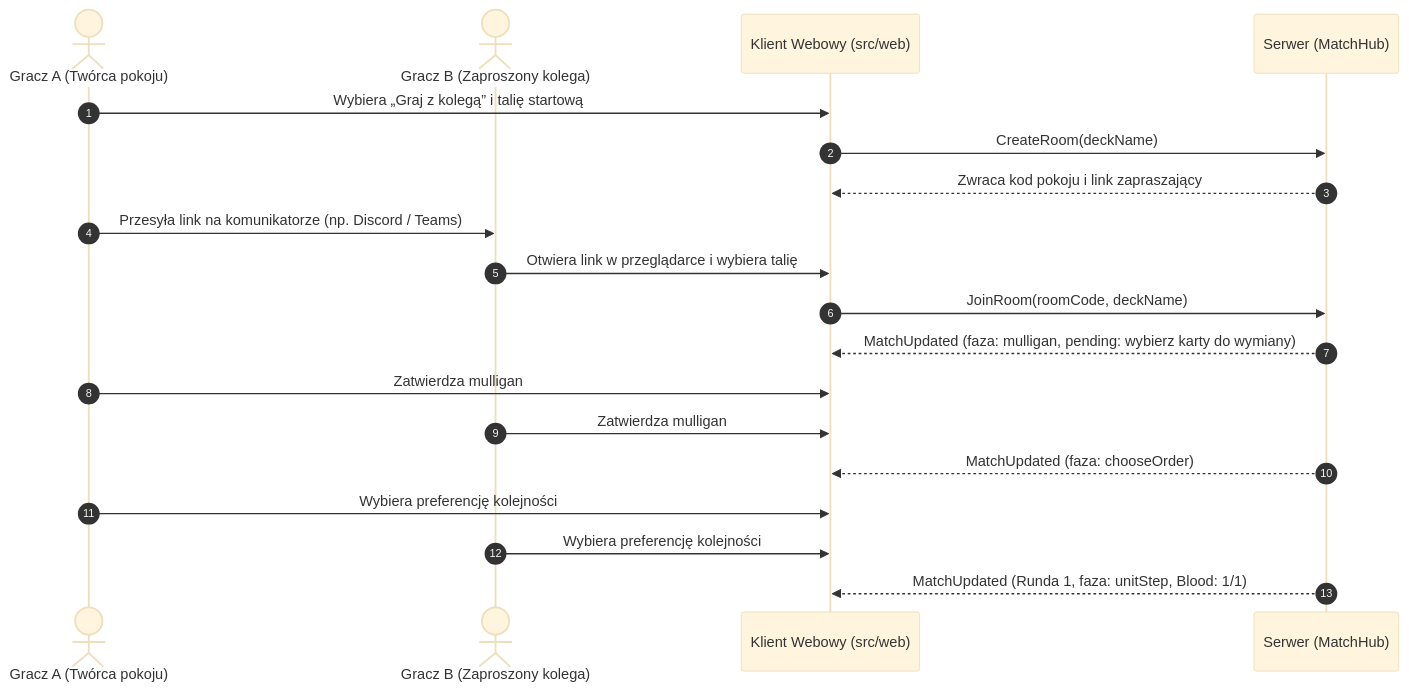
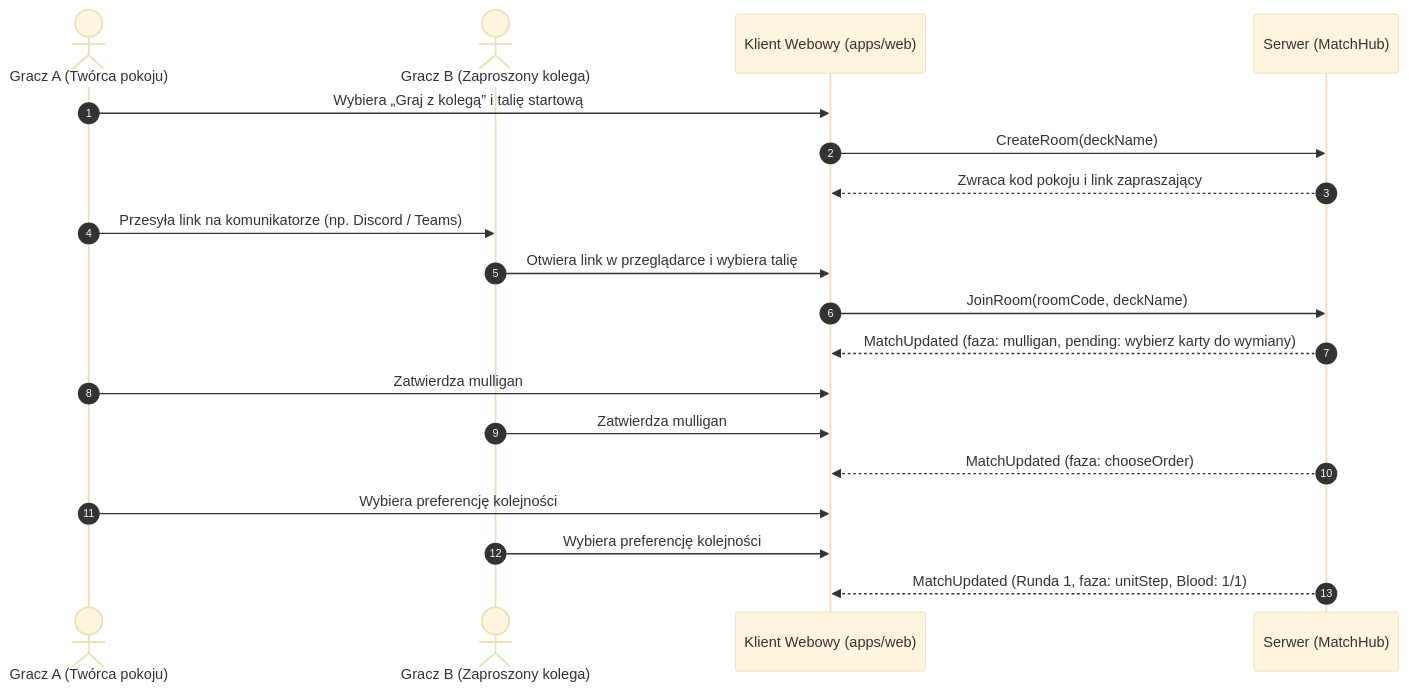
Before and after one commit to lMamacl/Rejoltance: the second of 2 diagrams in .artifacts/confluence-export/01-dokumentacja-systemowa/10-ux-design-i-przeplywy.md, drawn with Mermaid (base theme). The commit also changed other lines of this file and 85 other files, not shown here.

````diff
--- a/.artifacts/confluence-export/01-dokumentacja-systemowa/10-ux-design-i-przeplywy.md
+++ b/.artifacts/confluence-export/01-dokumentacja-systemowa/10-ux-design-i-przeplywy.md
@@ -102,22 +102,22 @@
 ```mermaid
 sequenceDiagram
   autonumber
   actor A as Gracz A (Twórca pokoju)
   actor B as Gracz B (Zaproszony kolega)
-  participant UI as Klient Webowy (src/web)
+  participant UI as Klient Webowy (apps/web)
   participant S as Serwer (MatchHub)
 
   A->>UI: Wybiera „Graj z kolegą” i talię startową
   UI->>S: CreateRoom(deckName)
   S-->>UI: Zwraca kod pokoju i link zapraszający
   A->>B: Przesyła link na komunikatorze (np. Discord / Teams)
   B->>UI: Otwiera link w przeglądarce i wybiera talię
   UI->>S: JoinRoom(roomCode, deckName)
   S-->>UI: MatchUpdated (faza: mulligan, pending: wybierz karty do wymiany)
   A->>UI: Zatwierdza mulligan
   B->>UI: Zatwierdza mulligan
   S-->>UI: MatchUpdated (faza: chooseOrder)
   A->>UI: Wybiera preferencję kolejności
   B->>UI: Wybiera preferencję kolejności
   S-->>UI: MatchUpdated (Runda 1, faza: unitStep, Blood: 1/1)
 ```
````
